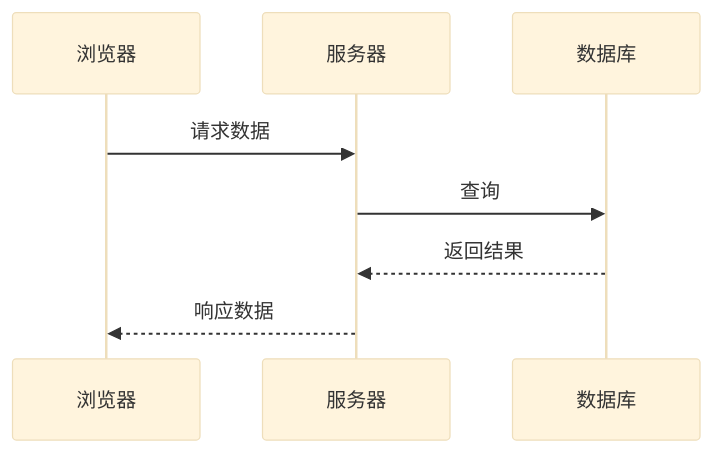
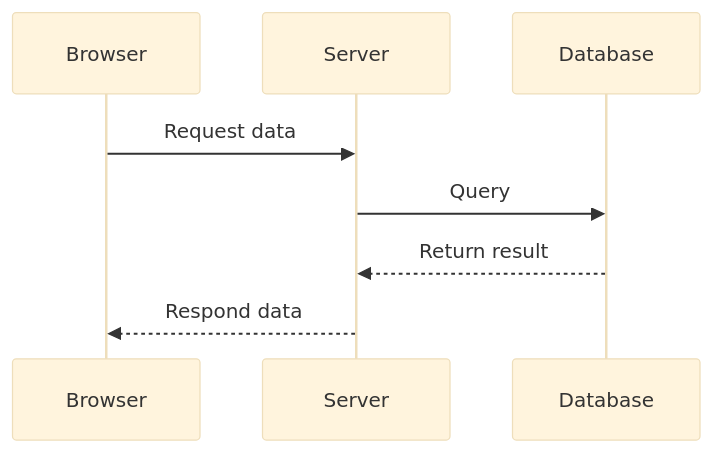
The second of 6 diagrams in references/whiteboard/scenes/mermaid.md (Ezio2000/lark-skill), drawn with Mermaid (base theme) before and after one commit. The commit also changed other lines of this file and 441 other files, not shown here.

````diff
--- a/references/whiteboard/scenes/mermaid.md
+++ b/references/whiteboard/scenes/mermaid.md
@@ -34,10 +38,10 @@
 ```mermaid
 sequenceDiagram
-    participant A as 浏览器
-    participant B as 服务器
-    participant C as 数据库
-    A->>B: 请求数据
-    B->>C: 查询
-    C-->>B: 返回结果
-    B-->>A: 响应数据
+    participant A as Browser
+    participant B as Server
+    participant C as Database
+    A->>B: Request data
+    B->>C: Query
+    C-->>B: Return result
+    B-->>A: Respond data
 ```
````
